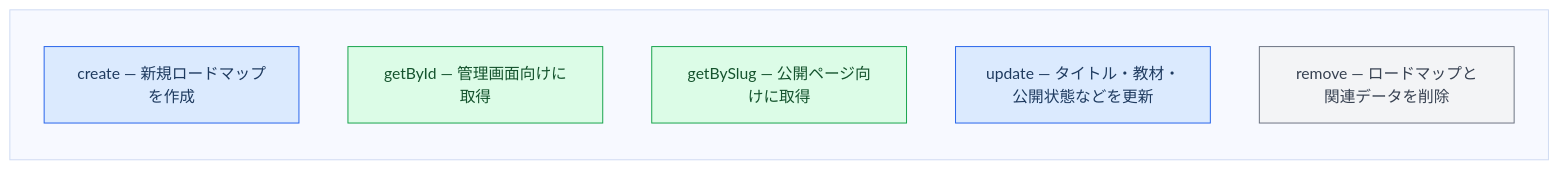
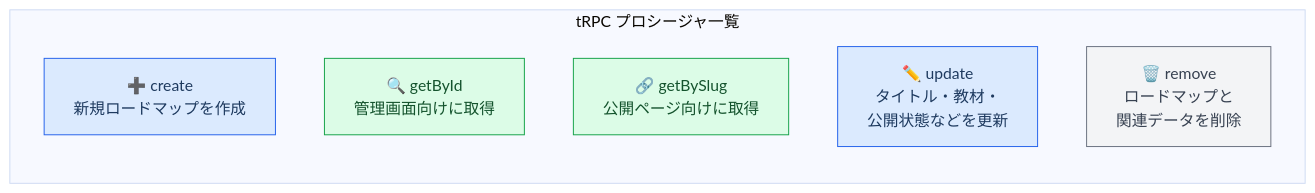
One commit to Yucco-K/tech-blog-1 changed the fourth of 4 diagrams in articles/custom-learning-roadmap.md. Above: the diagram before and after it, drawn with Mermaid (base theme). The commit also changed other lines of this file, not shown here.

Commit message:
improve: Mermaid図4つの見た目・可読性を改善

````diff
--- a/articles/custom-learning-roadmap.md
+++ b/articles/custom-learning-roadmap.md
@@ -180,18 +180,17 @@
 ```mermaid
-flowchart TD
-  subgraph procedures[" "]
-    direction TB
-    A["create — 新規ロードマップを作成"]
-    B["getById — 管理画面向けに取得"]
-    C["getBySlug — 公開ページ向けに取得"]
-    D["update — タイトル・教材・公開状態などを更新"]
-    E["remove — ロードマップと関連データを削除"]
+flowchart LR
+  subgraph procedures["tRPC プロシージャ一覧"]
+    A["➕ create<br/>新規ロードマップを作成"]
+    B["🔍 getById<br/>管理画面向けに取得"]
+    C["🔗 getBySlug<br/>公開ページ向けに取得"]
+    D["✏️ update<br/>タイトル・教材・<br/>公開状態などを更新"]
+    E["🗑️ remove<br/>ロードマップと<br/>関連データを削除"]
   end
 
   classDef blue fill:#dbeafe,stroke:#2563eb,color:#1e3a5f
   classDef green fill:#dcfce7,stroke:#16a34a,color:#14532d
   classDef gray fill:#f3f4f6,stroke:#6b7280,color:#374151
   class A,D blue
   class B,C green
   class E gray
 ```
````
